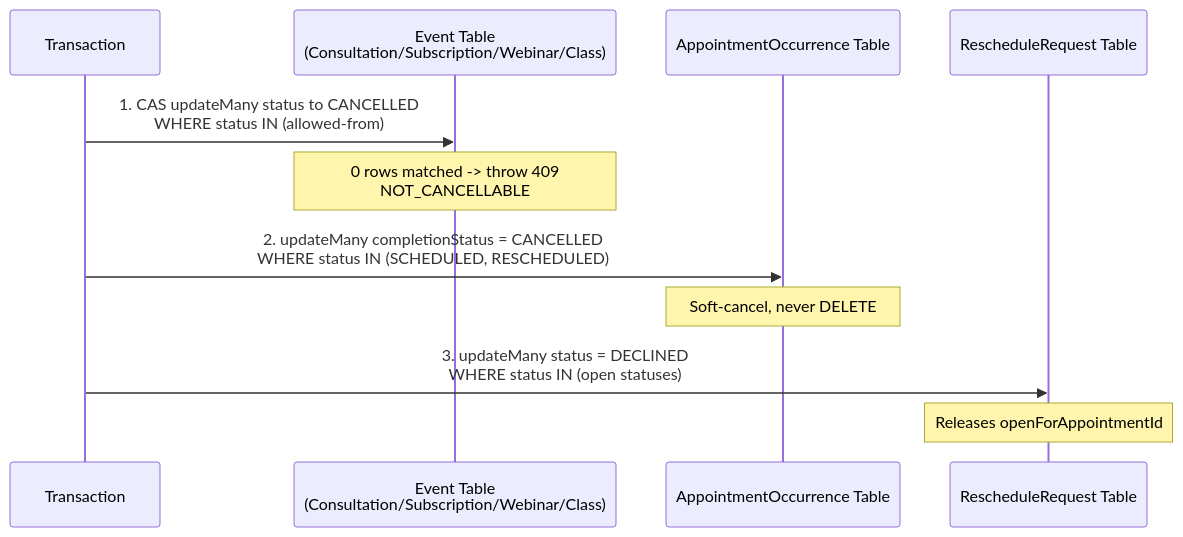
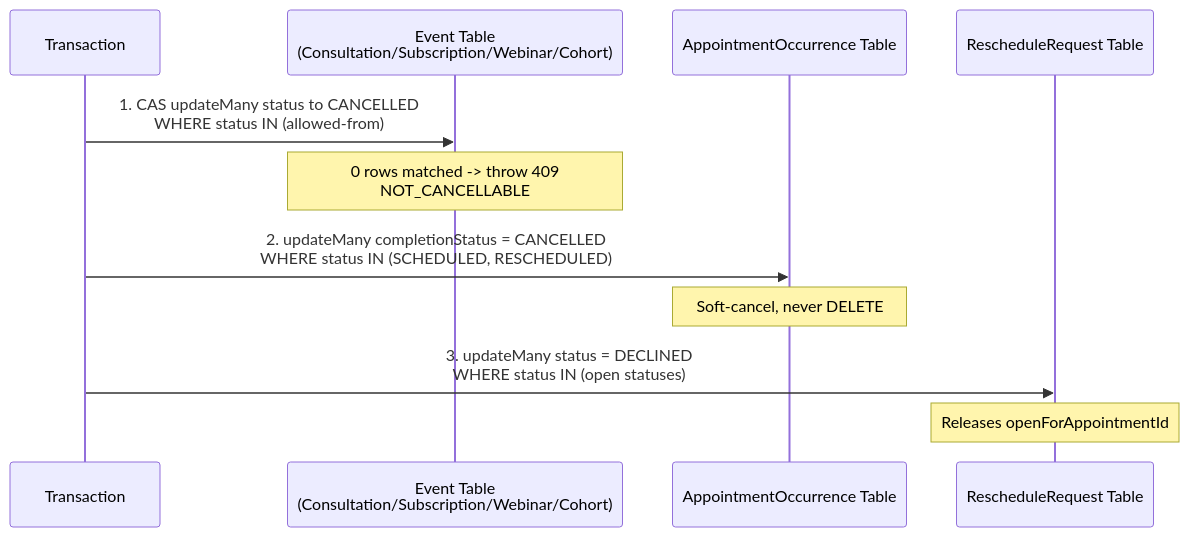
The ninth of 14 diagrams in docs/booking/08-cancellation-flow.md (Practitionist/familiarise_web), drawn with Mermaid before and after one commit. The commit also changed other lines of this file and 89 other files, not shown here.

````diff
--- a/docs/booking/08-cancellation-flow.md
+++ b/docs/booking/08-cancellation-flow.md
@@ -947,16 +947,16 @@
 ```mermaid
 sequenceDiagram
     participant TX as Transaction
-    participant EventTable as Event Table<br/>(Consultation/Subscription/Webinar/Class)
+    participant EventTable as Event Table<br/>(Consultation/Subscription/Webinar/Cohort)
     participant SlotTable as AppointmentOccurrence Table
     participant RRTable as RescheduleRequest Table
 
     TX->>EventTable: 1. CAS updateMany status to CANCELLED<br/>WHERE status IN (allowed-from)
     Note over EventTable: 0 rows matched -> throw 409<br/>NOT_CANCELLABLE
 
     TX->>SlotTable: 2. updateMany completionStatus = CANCELLED<br/>WHERE status IN (SCHEDULED, RESCHEDULED)
     Note over SlotTable: Soft-cancel, never DELETE
 
     TX->>RRTable: 3. updateMany status = DECLINED<br/>WHERE status IN (open statuses)
     Note over RRTable: Releases openForAppointmentId
 ```
````
